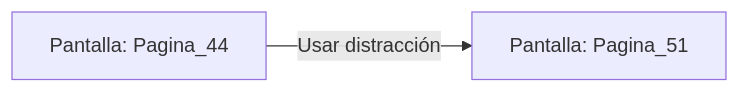
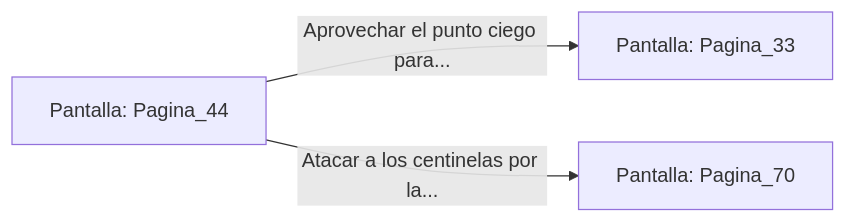
Before and after one commit to metsuke/mpl: the diagram in sample/eligejuego-vault/Pantalla_Pagina_44.md, drawn with Mermaid. The commit also changed other lines of this file and 635 other files, not shown here.

First line of the commit message:
fix: añadir Pagina_1 como pantalla inicial en capitulo_01.mpl

````diff
--- a/sample/eligejuego-vault/Pantalla_Pagina_44.md
+++ b/sample/eligejuego-vault/Pantalla_Pagina_44.md
@@ -14,5 +22,6 @@
 ```mermaid
 graph LR
     P_Pagina_44["Pantalla: Pagina_44"]
-    P_Pagina_44 -->|"Usar distracción"| P_Pagina_51["Pantalla: Pagina_51"]
+    P_Pagina_44 -->|"Aprovechar el punto ciego para..."| P_Pagina_33["Pantalla: Pagina_33"]
+    P_Pagina_44 -->|"Atacar a los centinelas por la..."| P_Pagina_70["Pantalla: Pagina_70"]
 ```
````
